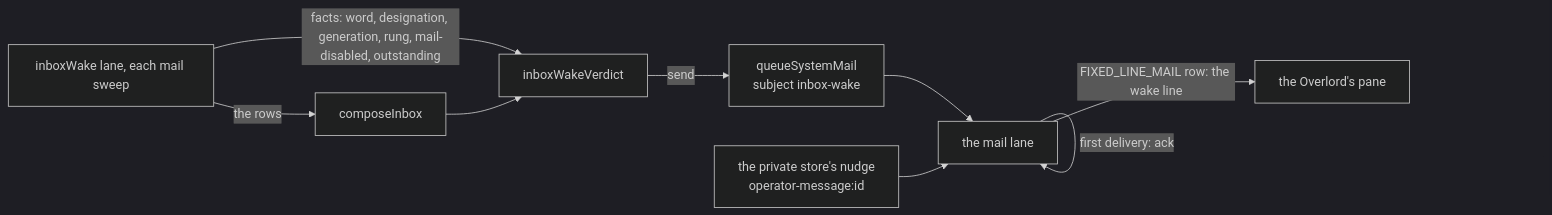
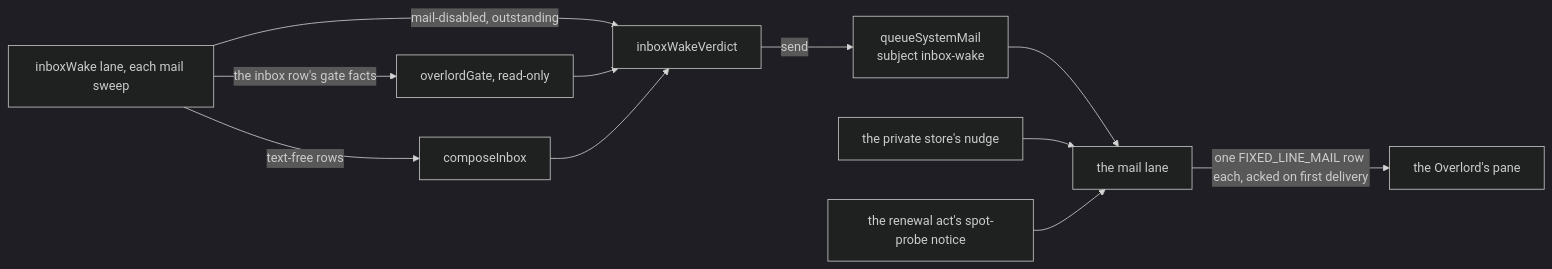
Before and after one commit to Synapsium-Labs/ccrc-pwa: the second of 2 diagrams in docs/superpowers/plans/2026-11-14-overlord-w1/w1-inbox.md, drawn with Mermaid (dark theme). The commit also changed other lines of this file, not shown here.

First line of the commit message:
docs(plan): the Overlord W1, Inbox and reads: fix round 1

````diff
--- a/docs/superpowers/plans/2026-11-14-overlord-w1/w1-inbox.md
+++ b/docs/superpowers/plans/2026-11-14-overlord-w1/w1-inbox.md
@@ -70,11 +75,13 @@
 ```mermaid
 flowchart LR
-  LN["inboxWake lane, each mail sweep"] -->|"the rows"| CMP["composeInbox"]
-  LN -->|"facts: word, designation, generation, rung, mail-disabled, outstanding"| V["inboxWakeVerdict"]
+  LN["inboxWake lane, each mail sweep"] -->|"the inbox row's gate facts"| GT["overlordGate, read-only"]
+  LN -->|"text-free rows"| CMP["composeInbox"]
+  LN -->|"mail-disabled, outstanding"| V["inboxWakeVerdict"]
+  GT --> V
   CMP --> V
   V -->|"send"| Q["queueSystemMail<br/>subject inbox-wake"]
   Q --> ML["the mail lane"]
-  ML -->|"FIXED_LINE_MAIL row: the wake line"| PANE["the Overlord's pane"]
-  ML -->|"first delivery: ack"| ML
-  NM["the private store's nudge<br/>operator-message:id"] --> ML
+  NM["the private store's nudge"] --> ML
+  SP["the renewal act's spot-probe notice"] --> ML
+  ML -->|"one FIXED_LINE_MAIL row each, acked on first delivery"| PANE["the Overlord's pane"]
 ```
````
